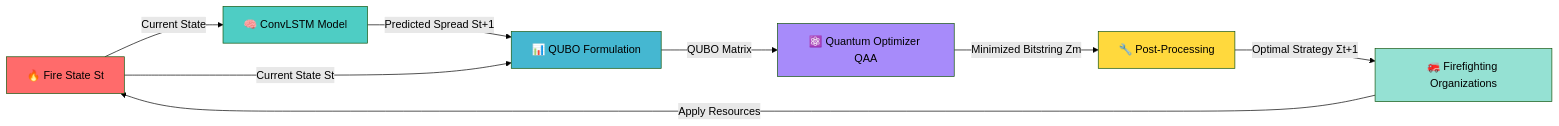
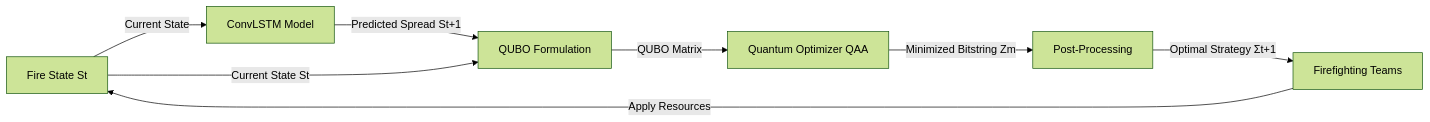
The diagram in README.md (qbrigade/hackathon_LATAM), drawn with Mermaid (forest theme) before and after one commit. The commit also changed other lines of this file, not shown here.

`````diff
--- a/README.md
+++ b/README.md
@@ -124,17 +112,10 @@
 ```mermaid
 graph LR
-    F[🔥 Fire State St] -->|Current State| ML[🧠 ConvLSTM Model]
-    ML -->|Predicted Spread St+1| Classical[📊 QUBO Formulation]
+    F[Fire State St] -->|Current State| ML[ConvLSTM Model]
+    ML -->|Predicted Spread St+1| Classical[QUBO Formulation]
     F -->|Current State St| Classical
-    Classical -->|QUBO Matrix| QO[⚛️ Quantum Optimizer QAA]
-    QO -->|Minimized Bitstring Zm| PP[🔧 Post-Processing]
-    PP -->|Optimal Strategy Σt+1| W[🚒 Firefighting Organizations]
+    Classical -->|QUBO Matrix| QO[Quantum Optimizer QAA]
+    QO -->|Minimized Bitstring Zm| PP[Post-Processing]
+    PP -->|Optimal Strategy Σt+1| W[Firefighting Teams]
     W -->|Apply Resources| F
-    
-    style F fill:#ff6b6b
-    style ML fill:#4ecdc4
-    style Classical fill:#45b7d1
-    style QO fill:#a78bfa
-    style PP fill:#ffd93d
-    style W fill:#95e1d3
-```
+````
`````
